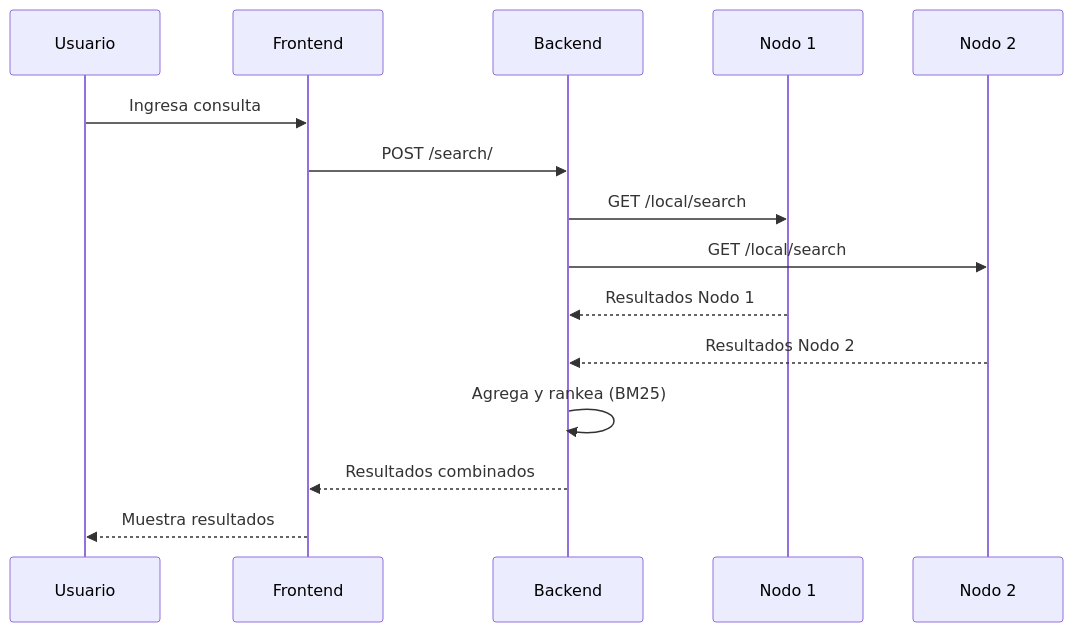
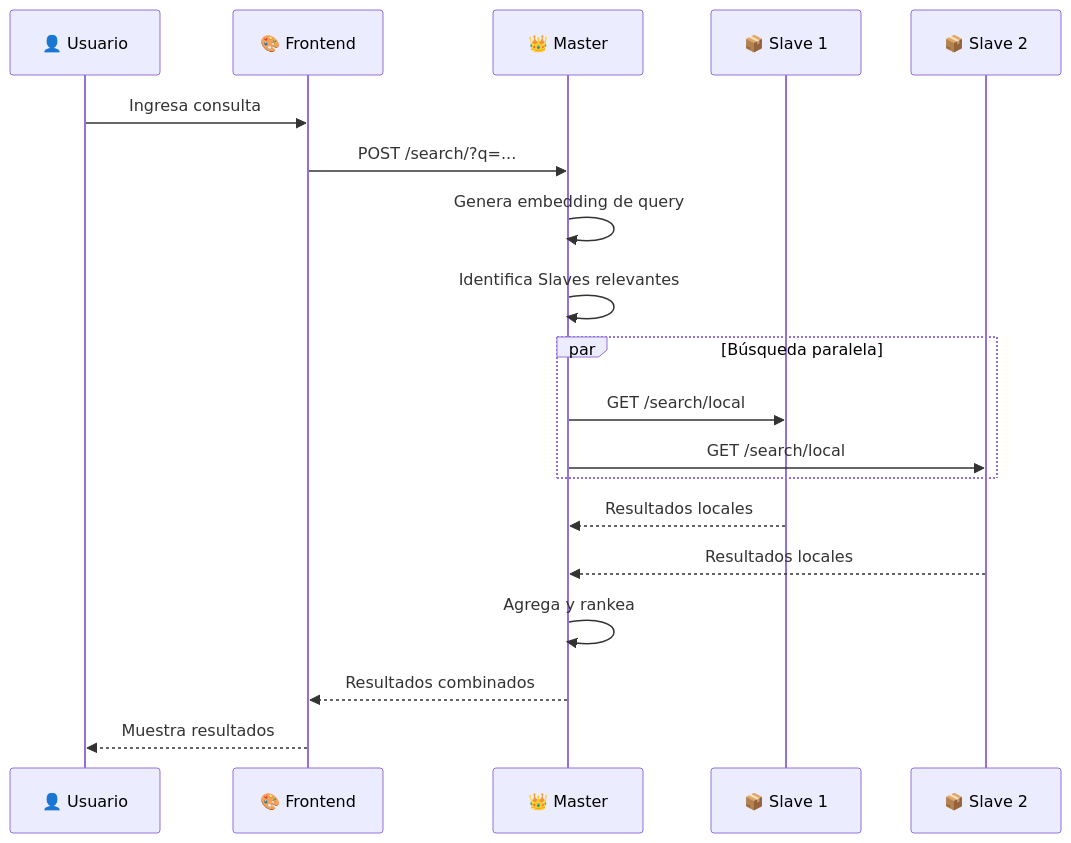
One commit to Pol4720/DistriSearch changed the second of 5 diagrams in docs/introduccion.md. Above: the diagram before and after it, drawn with Mermaid. The commit also changed other lines of this file and 59 other files, not shown here.

````diff
--- a/docs/introduccion.md
+++ b/docs/introduccion.md
@@ -81,18 +109,25 @@
 ```mermaid
 sequenceDiagram
-    participant U as Usuario
-    participant F as Frontend
-    participant B as Backend
-    participant N1 as Nodo 1
-    participant N2 as Nodo 2
+    participant U as 👤 Usuario
+    participant F as 🎨 Frontend
+    participant M as 👑 Master
+    participant S1 as 📦 Slave 1
+    participant S2 as 📦 Slave 2
     
     U->>F: Ingresa consulta
-    F->>B: POST /search/
-    B->>N1: GET /local/search
-    B->>N2: GET /local/search
-    N1-->>B: Resultados Nodo 1
-    N2-->>B: Resultados Nodo 2
-    B->>B: Agrega y rankea (BM25)
-    B-->>F: Resultados combinados
+    F->>M: POST /search/?q=...
+    M->>M: Genera embedding de query
+    M->>M: Identifica Slaves relevantes
+    
+    par Búsqueda paralela
+        M->>S1: GET /search/local
+        M->>S2: GET /search/local
+    end
+    
+    S1-->>M: Resultados locales
+    S2-->>M: Resultados locales
+    
+    M->>M: Agrega y rankea
+    M-->>F: Resultados combinados
     F-->>U: Muestra resultados
 ```
````
